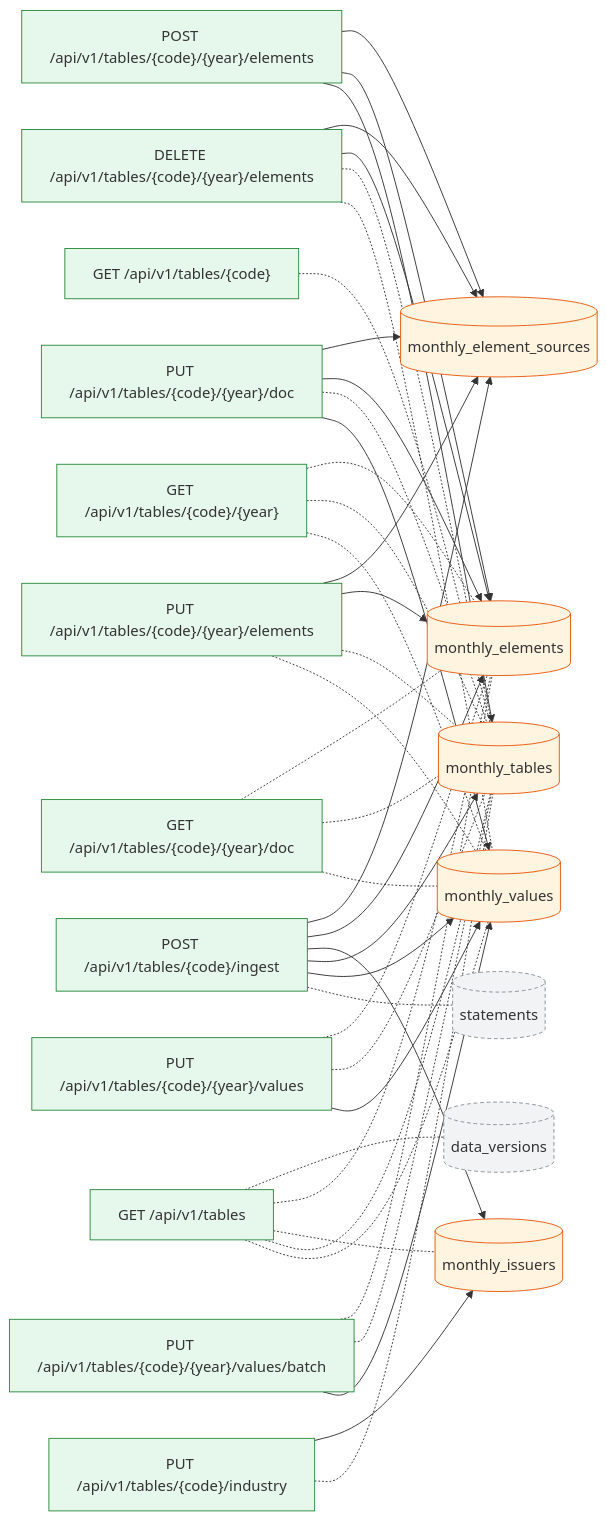
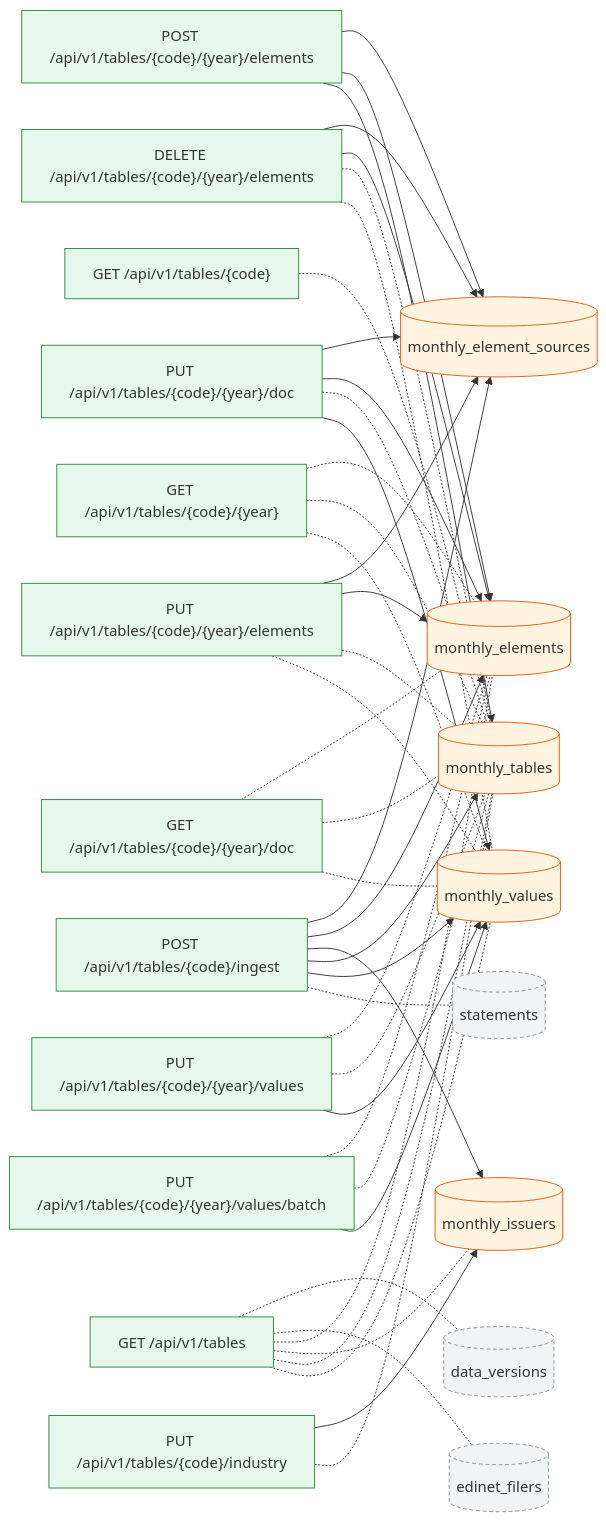
The second of 2 diagrams in docs/dataflow/monthly.md (pekumirui/stock-analyzer), drawn with Mermaid before and after one commit. The commit also changed other lines of this file and 18 other files, not shown here.

````diff
--- a/docs/dataflow/monthly.md
+++ b/docs/dataflow/monthly.md
@@ -73,67 +73,69 @@
 ```mermaid
 flowchart LR
   n0["DELETE /api/v1/tables/{code}/{year}/elements"]:::api
   n1["GET /api/v1/tables"]:::api
   n2["GET /api/v1/tables/{code}"]:::api
   n3["GET /api/v1/tables/{code}/{year}"]:::api
   n4["GET /api/v1/tables/{code}/{year}/doc"]:::api
   n5["POST /api/v1/tables/{code}/ingest"]:::api
   n6["POST /api/v1/tables/{code}/{year}/elements"]:::api
   n7["PUT /api/v1/tables/{code}/industry"]:::api
   n8["PUT /api/v1/tables/{code}/{year}/doc"]:::api
   n9["PUT /api/v1/tables/{code}/{year}/elements"]:::api
   n10["PUT /api/v1/tables/{code}/{year}/values"]:::api
   n11["PUT /api/v1/tables/{code}/{year}/values/batch"]:::api
   n12[("data_versions")]:::ext
-  n13[("monthly_element_sources")]:::tbl
-  n14[("monthly_elements")]:::tbl
-  n15[("monthly_issuers")]:::tbl
-  n16[("monthly_tables")]:::tbl
-  n17[("monthly_values")]:::tbl
-  n18[("statements")]:::ext
-  n0 --> n13
+  n13[("edinet_filers")]:::ext
+  n14[("monthly_element_sources")]:::tbl
+  n15[("monthly_elements")]:::tbl
+  n16[("monthly_issuers")]:::tbl
+  n17[("monthly_tables")]:::tbl
+  n18[("monthly_values")]:::tbl
+  n19[("statements")]:::ext
   n0 --> n14
-  n0 -.- n16
+  n0 --> n15
   n0 -.- n17
+  n0 -.- n18
   n1 -.- n12
-  n1 -.- n14
+  n1 -.- n13
   n1 -.- n15
   n1 -.- n16
   n1 -.- n17
-  n2 -.- n16
-  n3 -.- n14
-  n3 -.- n16
+  n1 -.- n18
+  n2 -.- n17
+  n3 -.- n15
   n3 -.- n17
-  n4 -.- n14
-  n4 -.- n16
+  n3 -.- n18
+  n4 -.- n15
   n4 -.- n17
-  n5 --> n13
+  n4 -.- n18
   n5 --> n14
   n5 --> n15
   n5 --> n16
   n5 --> n17
-  n5 -.- n18
-  n6 --> n13
+  n5 --> n18
+  n5 -.- n19
   n6 --> n14
-  n6 --> n16
-  n7 --> n15
-  n7 -.- n16
-  n8 --> n13
+  n6 --> n15
+  n6 --> n17
+  n7 --> n16
+  n7 -.- n17
   n8 --> n14
-  n8 -.- n16
-  n8 --> n17
-  n9 --> n13
+  n8 --> n15
+  n8 -.- n17
+  n8 --> n18
   n9 --> n14
-  n9 -.- n16
+  n9 --> n15
   n9 -.- n17
-  n10 -.- n14
-  n10 -.- n16
-  n10 --> n17
-  n11 -.- n14
-  n11 -.- n16
-  n11 --> n17
+  n9 -.- n18
+  n10 -.- n15
+  n10 -.- n17
+  n10 --> n18
+  n11 -.- n15
+  n11 -.- n17
+  n11 --> n18
   classDef job fill:#e3ecff,stroke:#3b5bdb
   classDef api fill:#e6f7ec,stroke:#2b8a3e
   classDef tbl fill:#fff4e0,stroke:#e8590c
   classDef ext fill:#f1f3f5,stroke:#868e96,stroke-dasharray:4 3
 ```
````
